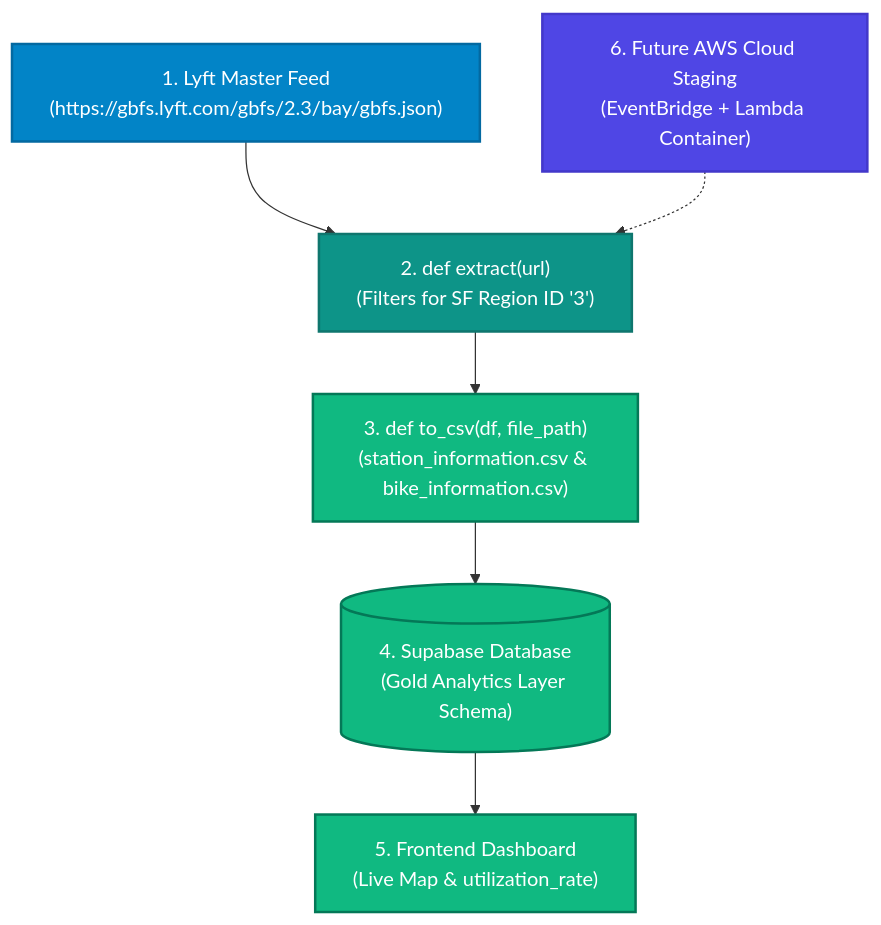
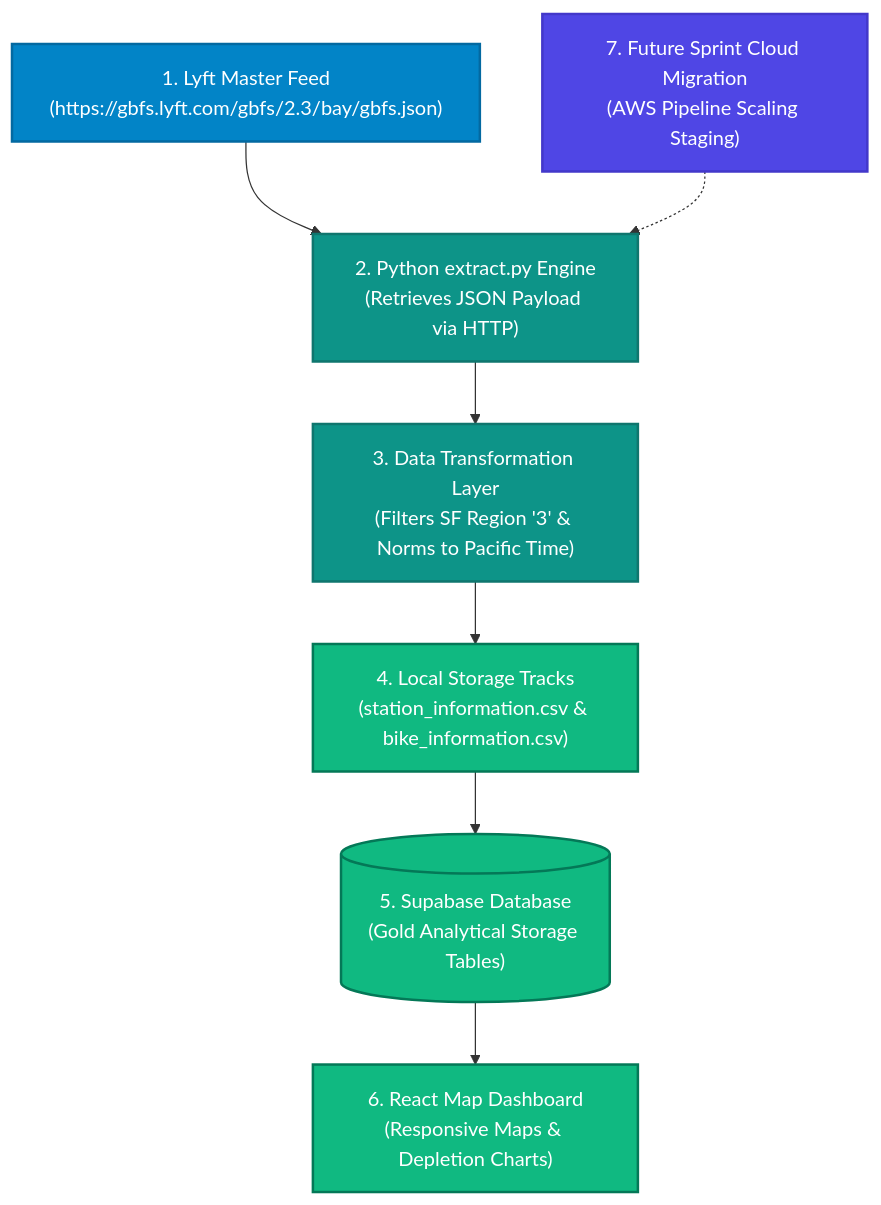
Before and after one commit to Code-the-Dream-School/fall-practicum-py-team2: the diagram in docs/architecture_diagram.md, drawn with Mermaid. The commit also changed other lines of this file, not shown here.

Commit message:
docs: KAN-11 align architecture flowchart node sequences with team product summary

````diff
--- a/docs/architecture_diagram.md
+++ b/docs/architecture_diagram.md
@@ -9,28 +9,33 @@
 ```mermaid
 graph TD
     %% Styling Configuration
     classDef blue fill:#0284c7,stroke:#0369a1,stroke-width:2px,color:#fff;
     classDef teal fill:#0d9488,stroke:#0f766e,stroke-width:2px,color:#fff;
     classDef green fill:#10b981,stroke:#047857,stroke-width:2px,color:#fff;
     classDef indigo fill:#4f46e5,stroke:#4338ca,stroke-width:2px,color:#fff;
 
     %% Data Pipeline Steps (Matched exactly to Data Contract)
     API["1. Lyft Master Feed<br>(https://gbfs.lyft.com/gbfs/2.3/bay/gbfs.json)"]:::blue
 
-    EXTRACT["2. def extract(url)<br>(Filters for SF Region ID '3')"]:::teal
+    EXTRACT["2. Python extract.py Engine<br>(Retrieves JSON Payload via HTTP)"]:::teal
     
-    CSV["3. def to_csv(df, file_path)<br>(station_information.csv & bike_information.csv)"]:::green
+    CSV["3. Data Transformation Layer<br>(Filters SF Region '3' & Norms to Pacific Time)"]:::teal
     
-    DB[("4. Supabase Database<br>(Gold Analytics Layer Schema)")]:::green
+    LOAD["4. Local Storage Tracks<br>(station_information.csv & bike_information.csv)"]:::green
+
     
-    DASH["5. Frontend Dashboard<br>(Live Map & utilization_rate)"]:::green
+    DB[("5. Supabase Database<br>(Gold Analytical Storage Tables)")]:::green
+    
+    DASH["6. React Map Dashboard<br>(Responsive Maps & Depletion Charts)"]:::green
 
-    AWS["6. Future AWS Cloud Staging<br>(EventBridge + Lambda Container)"]:::indigo
+    AWS["7. Future Sprint Cloud Migration<br>(AWS Pipeline Scaling Staging)"]:::indigo
+
 
     %% Flow Connections
     API --> EXTRACT
     EXTRACT --> CSV
-    CSV --> DB
+    CSV --> LOAD
+    LOAD --> DB
     DB --> DASH
     AWS -.-> EXTRACT
 ```
````
